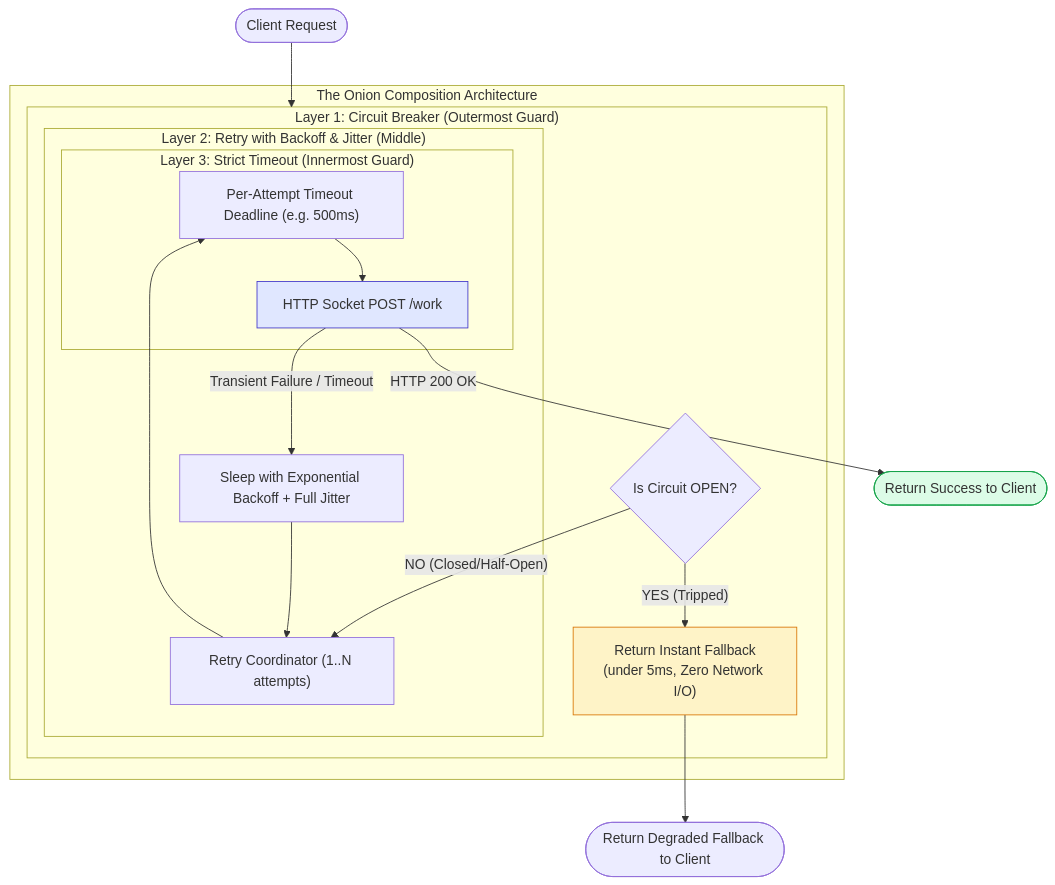
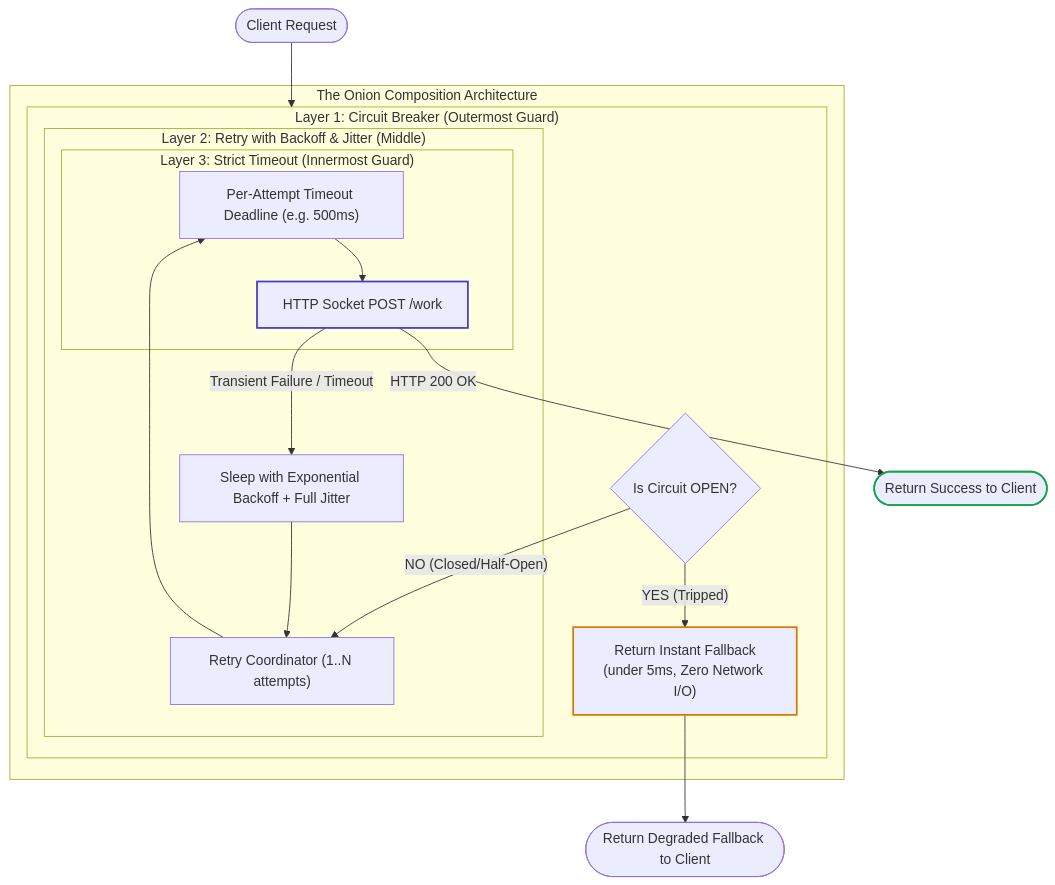
The first of 5 diagrams in docs/04-pattern-composition.md (yodh4/ubiquitous-parakeet), drawn with Mermaid before and after one commit. The commit also changed 5 other files, not shown here.

Commit message:
Docs: Fix dark/light theme contrast across all diagrams and add DOCUMENTATION_RULES.md

````diff
--- a/docs/04-pattern-composition.md
+++ b/docs/04-pattern-composition.md
@@ -15,32 +15,32 @@
 ```mermaid
 flowchart TD
     Req(["Client Request"]) --> L1
 
     subgraph OnionModel ["The Onion Composition Architecture"]
         subgraph L1 ["Layer 1: Circuit Breaker (Outermost Guard)"]
             CBCheck{"Is Circuit OPEN?"}
             FastFailResp["Return Instant Fallback\n(under 5ms, Zero Network I/O)"]
             CBCheck -->|"YES (Tripped)"| FastFailResp
             
             subgraph L2 ["Layer 2: Retry with Backoff & Jitter (Middle)"]
                 RetryCoordinator["Retry Coordinator (1..N attempts)"]
                 BackoffWait["Sleep with Exponential Backoff + Full Jitter"]
                 
                 subgraph L3 ["Layer 3: Strict Timeout (Innermost Guard)"]
                     DeadlineTimer["Per-Attempt Timeout Deadline (e.g. 500ms)"]
                     SocketCall["HTTP Socket POST /work"]
                 end
             end
         end
     end
 
     CBCheck -->|"NO (Closed/Half-Open)"| RetryCoordinator
     RetryCoordinator --> DeadlineTimer --> SocketCall
     SocketCall -->|"Transient Failure / Timeout"| BackoffWait --> RetryCoordinator
     SocketCall -->|"HTTP 200 OK"| SuccessResp(["Return Success to Client"])
     FastFailResp --> FailResp(["Return Degraded Fallback to Client"])
 
-    style FastFailResp fill:#fef3c7,stroke:#d97706
-    style SocketCall fill:#e0e7ff,stroke:#4338ca
-    style SuccessResp fill:#dcfce7,stroke:#16a34a
+    style FastFailResp stroke:#d97706,stroke-width:2px
+    style SocketCall stroke:#4338ca,stroke-width:2px
+    style SuccessResp stroke:#16a34a,stroke-width:2px
 ```
````
